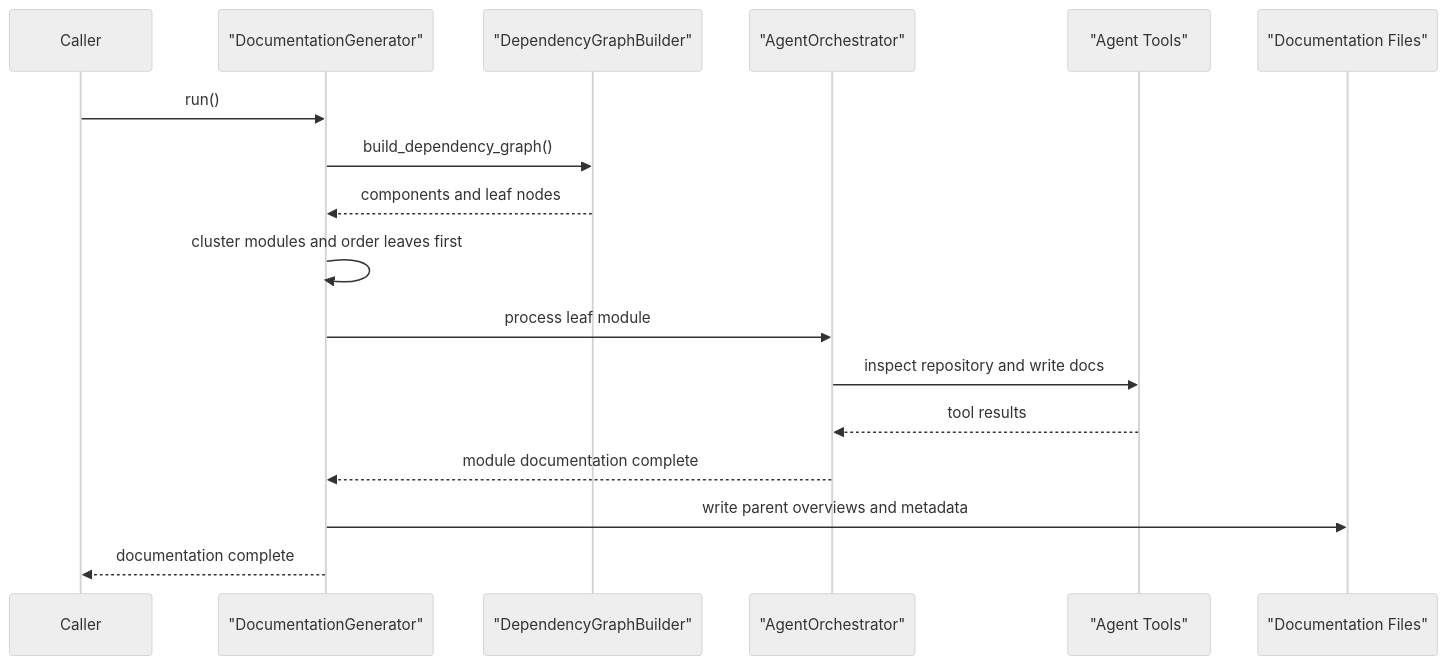
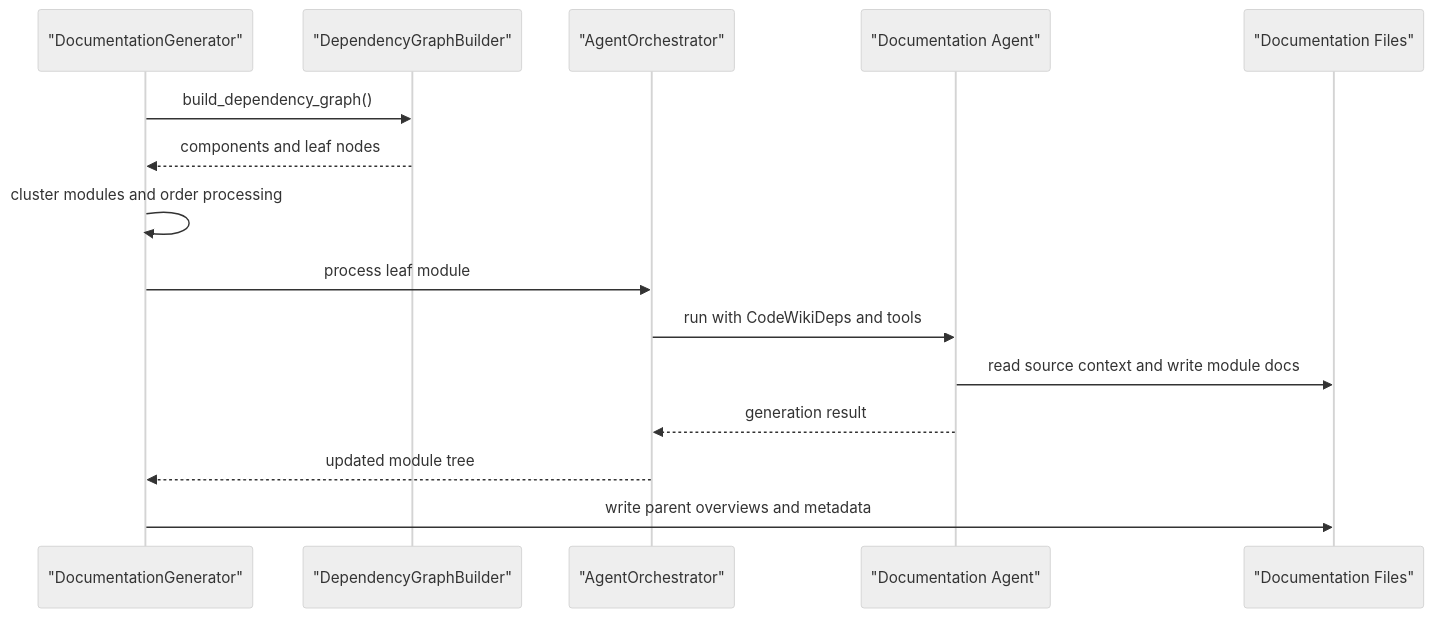
One commit to flamingo-stack/CodeWiki changed the second of 2 diagrams in docs/reference/architecture/backend-core/backend-core.md. Above: the diagram before and after it, drawn with Mermaid (neutral theme). The commit also changed other lines of this file and 275 other files, not shown here.

First line of the commit message:
🦩 Flamingo Code Documentation (#88)

````diff
--- a/docs/reference/architecture/backend-core/backend-core.md
+++ b/docs/reference/architecture/backend-core/backend-core.md
@@ -34,20 +30,18 @@
 ```mermaid
 sequenceDiagram
-    participant Caller
     participant Generator as "DocumentationGenerator"
-    participant Builder as "DependencyGraphBuilder"
-    participant Agent as "AgentOrchestrator"
-    participant Tools as "Agent Tools"
-    participant Output as "Documentation Files"
+    participant Analyzer as "DependencyGraphBuilder"
+    participant Orchestrator as "AgentOrchestrator"
+    participant Agent as "Documentation Agent"
+    participant Files as "Documentation Files"
 
-    Caller->>Generator: run()
-    Generator->>Builder: build_dependency_graph()
-    Builder-->>Generator: components and leaf nodes
-    Generator->>Generator: cluster modules and order leaves first
-    Generator->>Agent: process leaf module
-    Agent->>Tools: inspect repository and write docs
-    Tools-->>Agent: tool results
-    Agent-->>Generator: module documentation complete
-    Generator->>Output: write parent overviews and metadata
-    Generator-->>Caller: documentation complete
+    Generator->>Analyzer: build_dependency_graph()
+    Analyzer-->>Generator: components and leaf nodes
+    Generator->>Generator: cluster modules and order processing
+    Generator->>Orchestrator: process leaf module
+    Orchestrator->>Agent: run with CodeWikiDeps and tools
+    Agent->>Files: read source context and write module docs
+    Agent-->>Orchestrator: generation result
+    Orchestrator-->>Generator: updated module tree
+    Generator->>Files: write parent overviews and metadata
 ```
````
